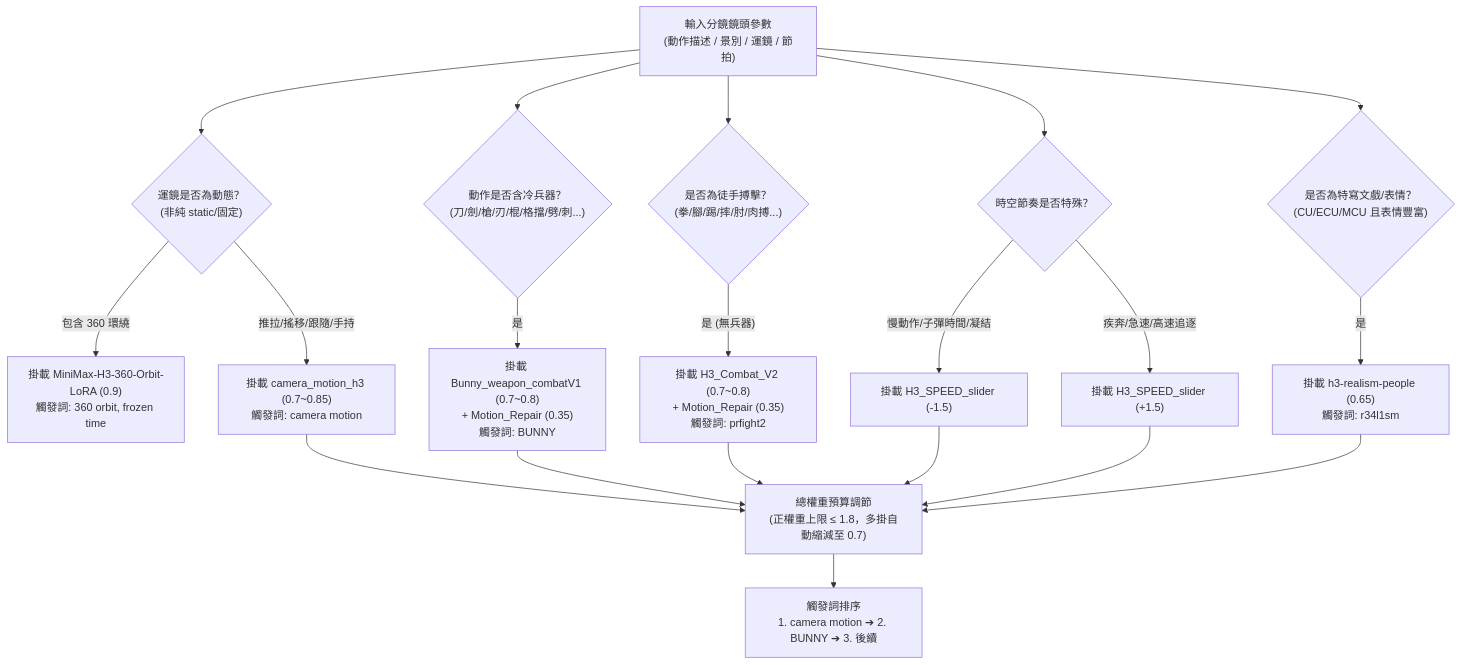
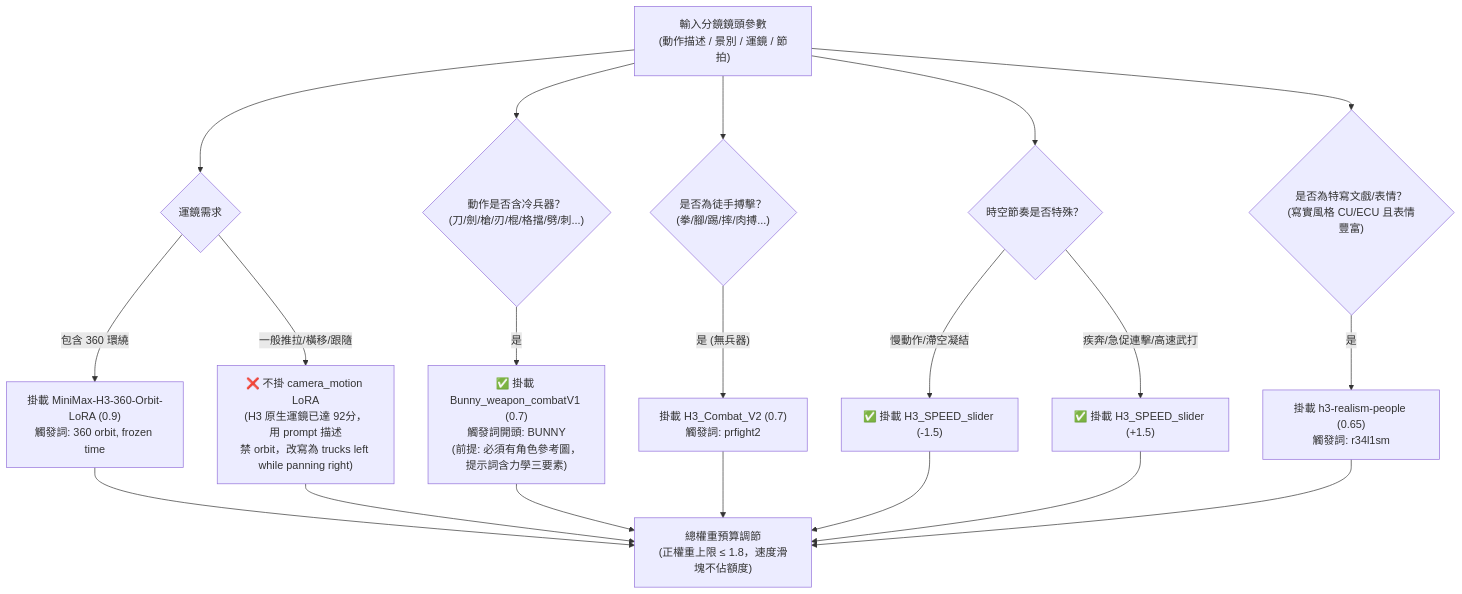
Before and after one commit to ayase0307/ai-comic-drama: the diagram in references/h3/lora-guide.md, drawn with Mermaid. The commit also changed other lines of this file and 9 other files, not shown here.

````diff
--- a/references/h3/lora-guide.md
+++ b/references/h3/lora-guide.md
@@ -122,24 +93,23 @@
 ```mermaid
 flowchart TD
     Shot["輸入分鏡鏡頭參數<br/>(動作描述 / 景別 / 運鏡 / 節拍)"]
     
-    Shot --> C1{"運鏡是否為動態？<br/>(非純 static/固定)"}
+    Shot --> C1{"運鏡需求"}
     C1 -- 包含 360 環繞 --> L_360["掛載 MiniMax-H3-360-Orbit-LoRA (0.9)<br/>觸發詞: 360 orbit, frozen time"]
-    C1 -- 推拉/搖移/跟隨/手持 --> L_CAM["掛載 camera_motion_h3 (0.7~0.85)<br/>觸發詞: camera motion"]
+    C1 -- 一般推拉/橫移/跟隨 --> L_NATURAL["❌ 不掛 camera_motion LoRA<br/>(H3 原生運鏡已達 92分，用 prompt 描述<br/>禁 orbit，改寫為 trucks left while panning right)"]
     
     Shot --> C2{"動作是否含冷兵器？<br/>(刀/劍/槍/刃/棍/格擋/劈/刺...)"}
-    C2 -- 是 --> L_WEAPON["掛載 Bunny_weapon_combatV1 (0.7~0.8)<br/>+ Motion_Repair (0.35)<br/>觸發詞: BUNNY"]
+    C2 -- 是 --> L_WEAPON["✅ 掛載 Bunny_weapon_combatV1 (0.7)<br/>觸發詞開頭: BUNNY<br/>(前提: 必須有角色參考圖，提示詞含力學三要素)"]
     
-    Shot --> C3{"是否為徒手搏擊？<br/>(拳/腳/踢/摔/肘/肉搏...)"}
-    C3 -- 是 (無兵器) --> L_MELEE["掛載 H3_Combat_V2 (0.7~0.8)<br/>+ Motion_Repair (0.35)<br/>觸發詞: prfight2"]
+    Shot --> C3{"是否為徒手搏擊？<br/>(拳/腳/踢/摔/肉搏...)"}
+    C3 -- 是 (無兵器) --> L_MELEE["掛載 H3_Combat_V2 (0.7)<br/>觸發詞: prfight2"]
     
     Shot --> C4{"時空節奏是否特殊？"}
-    C4 -- 慢動作/子彈時間/凝結 --> L_SLOW["掛載 H3_SPEED_slider (-1.5)"]
-    C4 -- 疾奔/急速/高速追逐 --> L_FAST["掛載 H3_SPEED_slider (+1.5)"]
+    C4 -- 慢動作/滯空凝結 --> L_SLOW["✅ 掛載 H3_SPEED_slider (-1.5)"]
+    C4 -- 疾奔/急促連擊/高速武打 --> L_FAST["✅ 掛載 H3_SPEED_slider (+1.5)"]
     
-    Shot --> C5{"是否為特寫文戲/表情？<br/>(CU/ECU/MCU 且表情豐富)"}
+    Shot --> C5{"是否為特寫文戲/表情？<br/>(寫實風格 CU/ECU 且表情豐富)"}
     C5 -- 是 --> L_FACE["掛載 h3-realism-people (0.65)<br/>觸發詞: r34l1sm"]
 
-    L_CAM & L_WEAPON & L_MELEE & L_SLOW & L_FAST & L_FACE --> BudgetCheck["總權重預算調節<br/>(正權重上限 ≤ 1.8，多掛自動縮減至 0.7)"]
-    BudgetCheck --> TriggerSort["觸發詞排序<br/>1. camera motion ➔ 2. BUNNY ➔ 3. 後續"]
+    L_360 & L_NATURAL & L_WEAPON & L_MELEE & L_SLOW & L_FAST & L_FACE --> BudgetCheck["總權重預算調節<br/>(正權重上限 ≤ 1.8，速度滑塊不佔額度)"]
 ```
````
